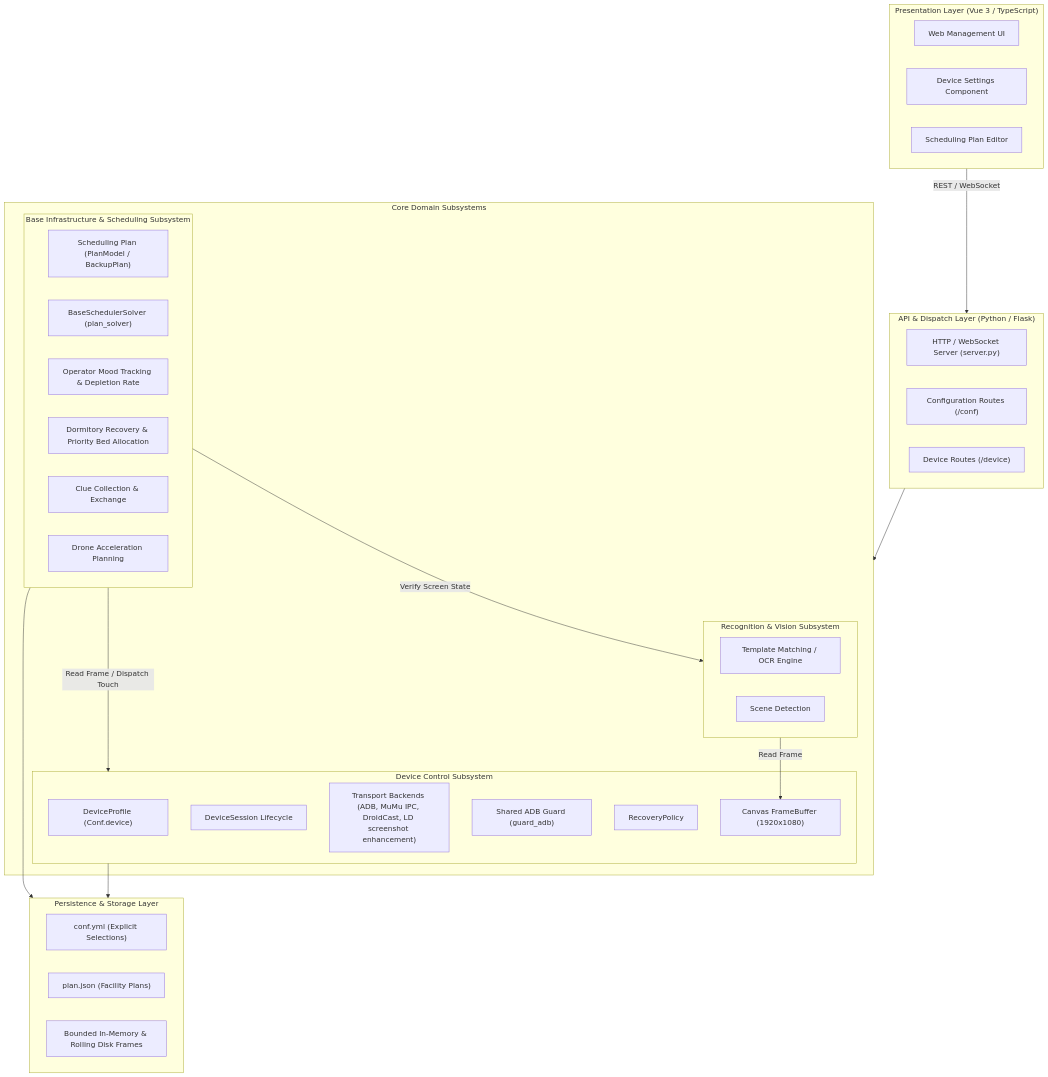
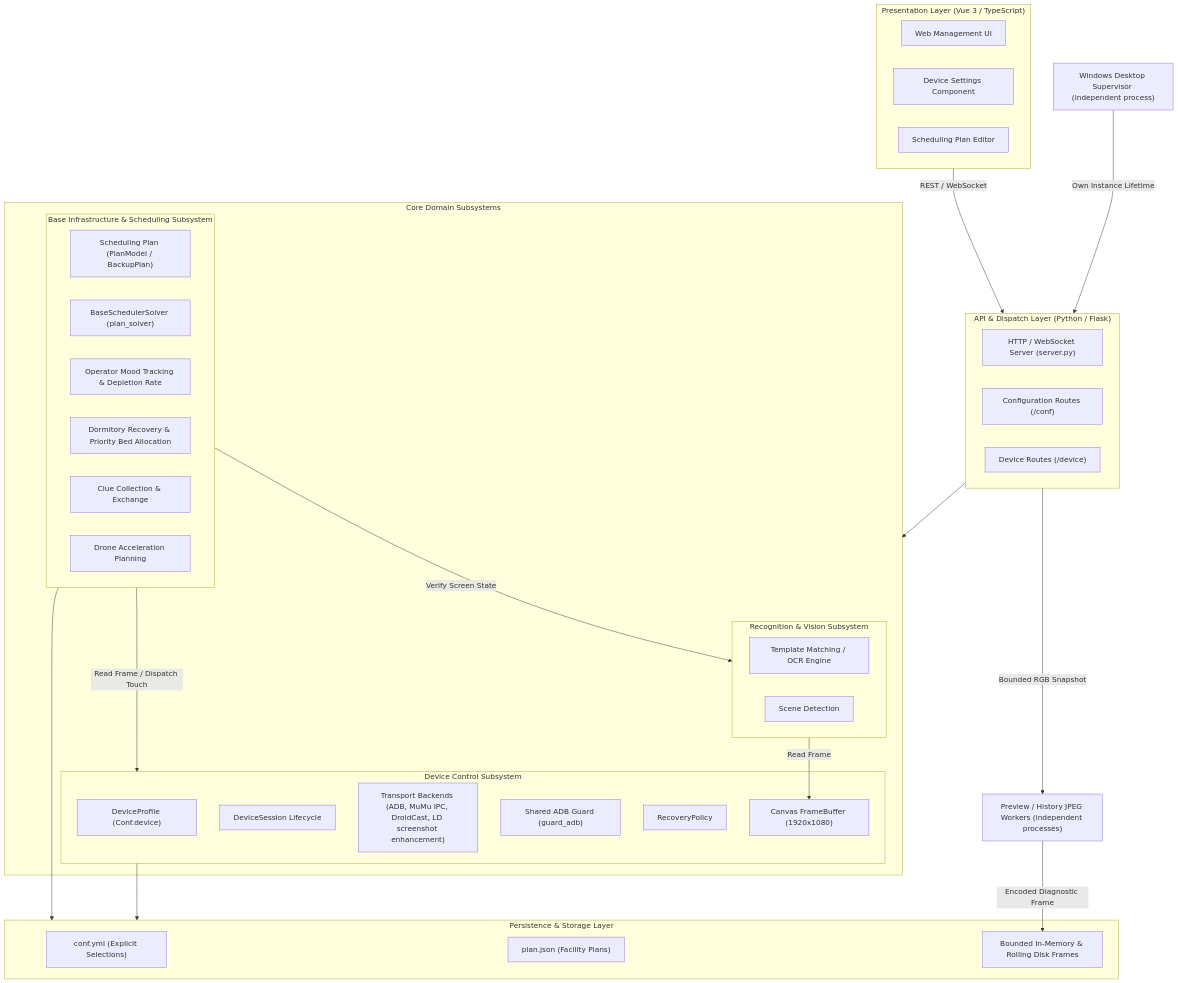
One commit to ArkMowers/arknights-mower changed the diagram in docs/architecture.md. Above: the diagram before and after it, drawn with Mermaid. The commit also changed other lines of this file and 48 other files, not shown here.

````diff
--- a/docs/architecture.md
+++ b/docs/architecture.md
@@ -5,53 +5,59 @@
 ```mermaid
 flowchart TD
     subgraph UI ["Presentation Layer (Vue 3 / TypeScript)"]
         WebUI["Web Management UI"]
         DeviceSettings["Device Settings Component"]
         PlanEditor["Scheduling Plan Editor"]
     end
 
     subgraph Service ["API & Dispatch Layer (Python / Flask)"]
         Server["HTTP / WebSocket Server (server.py)"]
         ConfRouter["Configuration Routes (/conf)"]
         DeviceRouter["Device Routes (/device)"]
     end
+
+    Supervisor["Windows Desktop Supervisor (independent process)"]
+    JPEG["Preview / History JPEG Workers (independent processes)"]
 
     subgraph Subsystems ["Core Domain Subsystems"]
         subgraph DeviceSubsystem ["Device Control Subsystem"]
             Profile["DeviceProfile (Conf.device)"]
             Session["DeviceSession Lifecycle"]
             Transport["Transport Backends (ADB, MuMu IPC, DroidCast, LD screenshot enhancement)"]
             SharedAdb["Shared ADB Guard (guard_adb)"]
             Recovery["RecoveryPolicy"]
             Buffer["Canvas FrameBuffer (1920x1080)"]
         end
 
         subgraph BaseSubsystem ["Base Infrastructure & Scheduling Subsystem"]
             Plan["Scheduling Plan (PlanModel / BackupPlan)"]
             Scheduler["BaseSchedulerSolver (plan_solver)"]
             Mood["Operator Mood Tracking & Depletion Rate"]
             Dorm["Dormitory Recovery & Priority Bed Allocation"]
             Clue["Clue Collection & Exchange"]
             Drone["Drone Acceleration Planning"]
         end
 
         subgraph RecSubsystem ["Recognition & Vision Subsystem"]
             Matcher["Template Matching / OCR Engine"]
             Scene["Scene Detection"]
         end
     end
 
     subgraph Persistence ["Persistence & Storage Layer"]
         ConfFile["conf.yml (Explicit Selections)"]
         PlanFile["plan.json (Facility Plans)"]
         RingBuffer["Bounded In-Memory & Rolling Disk Frames"]
     end
 
     UI -->|REST / WebSocket| Service
+    Supervisor -->|Own Instance Lifetime| Service
+    Service -->|Bounded RGB Snapshot| JPEG
+    JPEG -->|Encoded Diagnostic Frame| RingBuffer
     Service --> Subsystems
     DeviceSubsystem --> Persistence
     BaseSubsystem --> Persistence
     BaseSubsystem -->|Read Frame / Dispatch Touch| DeviceSubsystem
     BaseSubsystem -->|Verify Screen State| RecSubsystem
     RecSubsystem -->|Read Frame| Buffer
 ```
````
